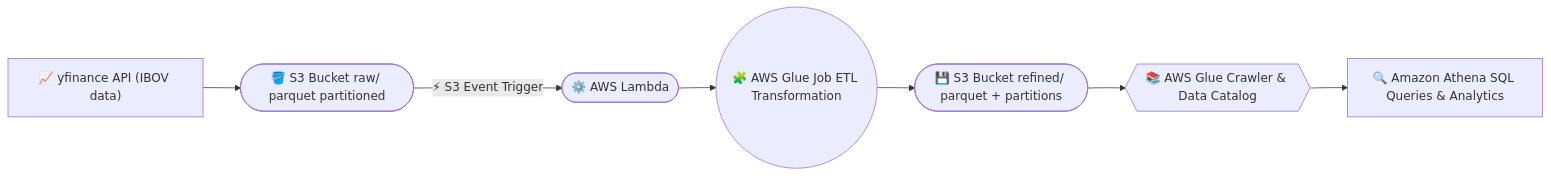
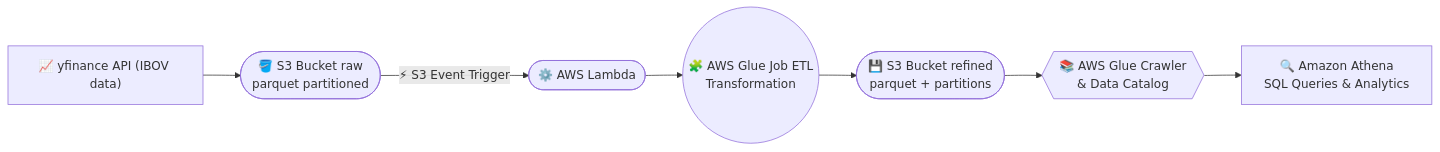
The diagram in README.md (aylatilio/b3-dataflow-aws-batch), drawn with Mermaid before and after one commit.

````diff
--- a/README.md
+++ b/README.md
@@ -36,9 +36,9 @@
 ```mermaid
 flowchart LR
-    A["📈 yfinance API (IBOV data)"] --> B(["🪣 S3 Bucket raw/ parquet partitioned"])
-    B -->|⚡ S3 Event Trigger| C(["⚙️ AWS Lambda"])
-    C --> D(("🧩 AWS Glue Job ETL Transformation"))
-    D --> E(["💾 S3 Bucket refined/ parquet + partitions"])
-    E --> F{{"📚 AWS Glue Crawler & Data Catalog"}}
-    F --> G["🔍 Amazon Athena SQL Queries & Analytics"]
+    A["📈 yfinance API (IBOV data)"] --> B(["🪣 S3 Bucket raw<br>parquet partitioned"])
+    B -->|⚡ S3 Event Trigger | C(["⚙️ AWS Lambda "])
+    C --> D(("🧩 AWS Glue Job ETL <br>Transformation "))
+    D --> E(["💾 S3 Bucket refined<br>parquet + partitions "])
+    E --> F{{"📚 AWS Glue Crawler <br>& Data Catalog "}}
+    F --> G["🔍 Amazon Athena<br>SQL Queries & Analytics "]
 ```
````
